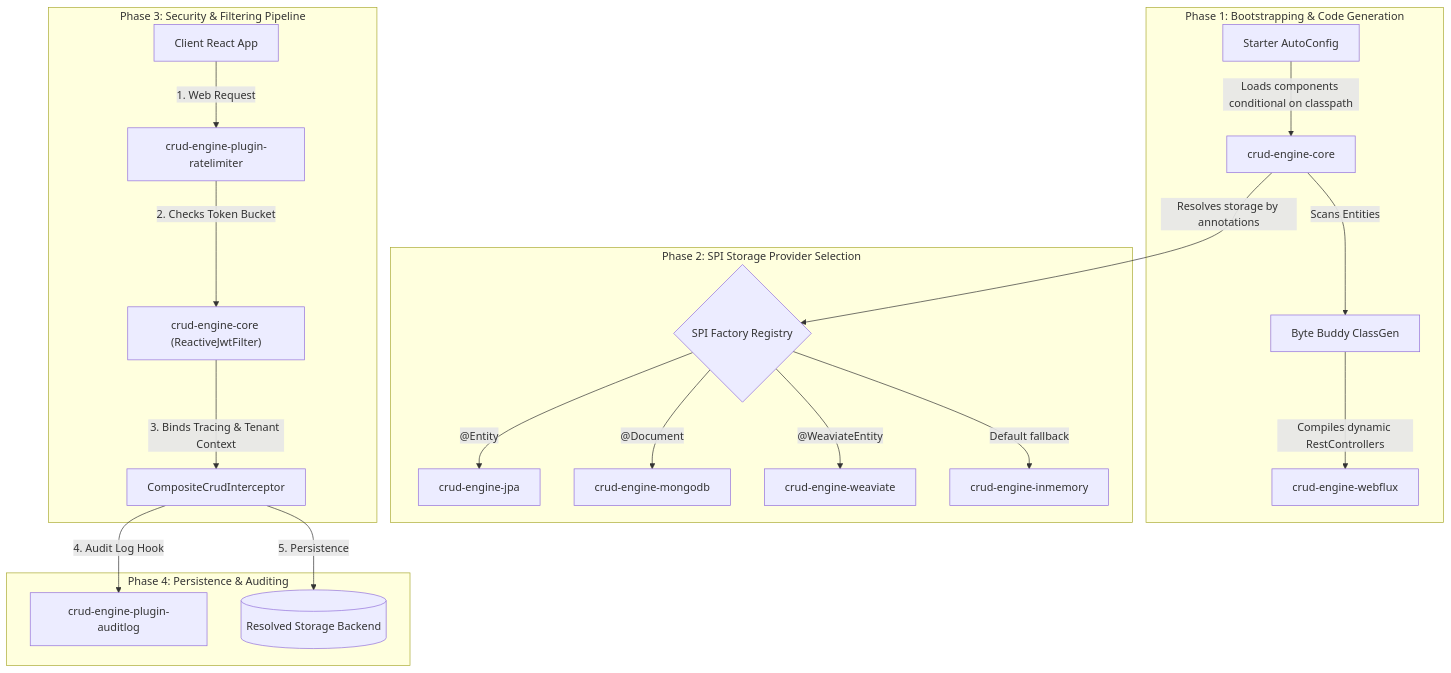
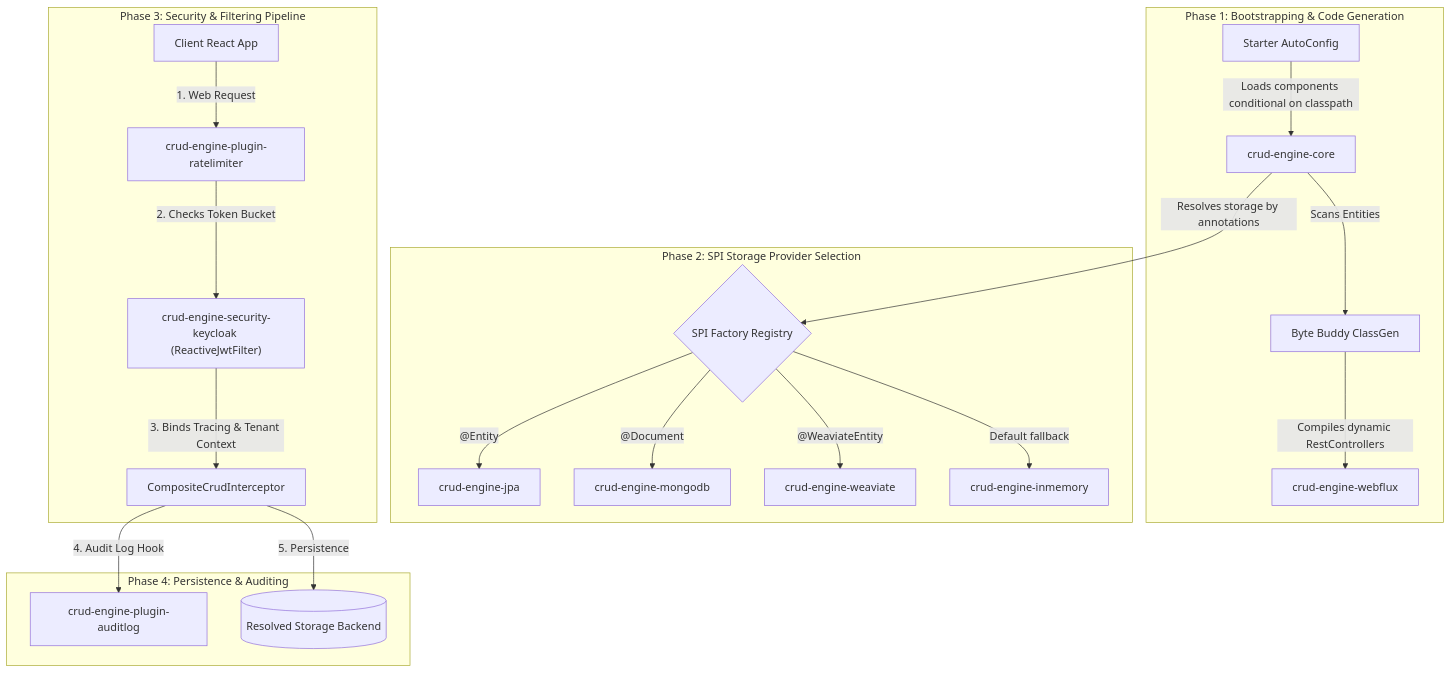
The diagram in README.md (7-3-N-3-7/CRUD-Engine-API), drawn with Mermaid before and after one commit. The commit also changed other lines of this file and 1 other file, not shown here.

Commit message:
docs: update README.md and SETUP.md for Keycloak refactoring and path updates

````diff
--- a/README.md
+++ b/README.md
@@ -54,27 +55,27 @@
 ```mermaid
 graph TD
     subgraph SetupPhase ["Phase 1: Bootstrapping & Code Generation"]
         Starter["Starter AutoConfig"] -->|"Loads components conditional on classpath"| Core["crud-engine-core"]
         Core -->|"Scans Entities"| BB["Byte Buddy ClassGen"]
         BB -->|"Compiles dynamic RestControllers"| Webflux["crud-engine-webflux"]
     end
 
     subgraph StorageResolution ["Phase 2: SPI Storage Provider Selection"]
         Core -->|"Resolves storage by annotations"| SPI{"SPI Factory Registry"}
         SPI -->|"@Entity"| JPA["crud-engine-jpa"]
         SPI -->|"@Document"| Mongo["crud-engine-mongodb"]
         SPI -->|"@WeaviateEntity"| Weaviate["crud-engine-weaviate"]
         SPI -->|"Default fallback"| InMemory["crud-engine-inmemory"]
     end
 
     subgraph Authentication ["Phase 3: Security & Filtering Pipeline"]
         Client["Client React App"] -->|"1. Web Request"| Limit["crud-engine-plugin-ratelimiter"]
-        Limit -->|"2. Checks Token Bucket"| Filter["crud-engine-core (ReactiveJwtFilter)"]
+        Limit -->|"2. Checks Token Bucket"| Filter["crud-engine-security-keycloak (ReactiveJwtFilter)"]
         Filter -->|"3. Binds Tracing & Tenant Context"| Interceptor["CompositeCrudInterceptor"]
     end
 
     subgraph Execution ["Phase 4: Persistence & Auditing"]
         Interceptor -->|"4. Audit Log Hook"| Audit["crud-engine-plugin-auditlog"]
         Interceptor -->|"5. Persistence"| ResolvedStorage[("Resolved Storage Backend")]
     end
 ```
````
